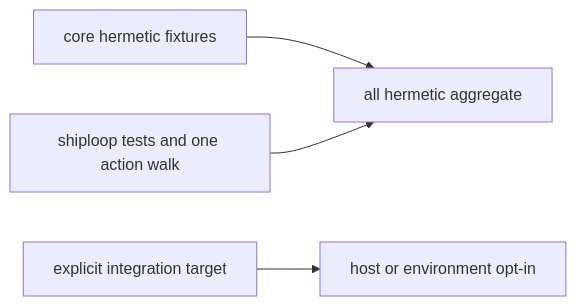
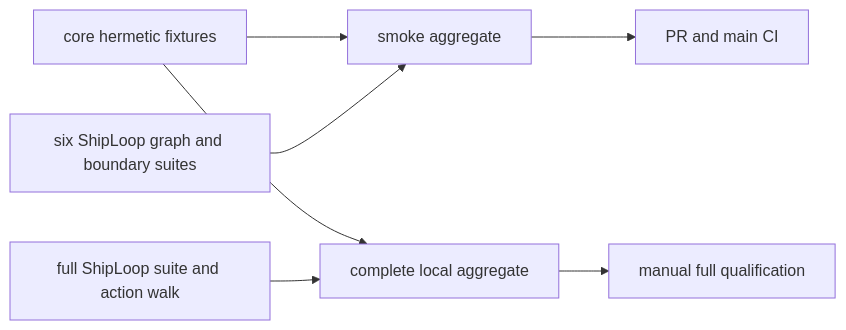
The diagram in test/README.md (whichguy/skill-craft), drawn with Mermaid before and after one commit. The commit also changed other lines of this file and 7 other files, not shown here.

````diff
--- a/test/README.md
+++ b/test/README.md
@@ -7,6 +7,9 @@
 ```mermaid
 flowchart LR
-    C["core hermetic fixtures"] --> A["all hermetic aggregate"]
-    S["shiploop tests and one action walk"] --> A
-    I["explicit integration target"] --> H["host or environment opt-in"]
+    C["core hermetic fixtures"] --> S["smoke aggregate"]
+    G["six ShipLoop graph and boundary suites"] --> S
+    S --> P["PR and main CI"]
+    C --> A["complete local aggregate"]
+    F["full ShipLoop suite and action walk"] --> A
+    A --> M["manual full qualification"]
 ```
````
